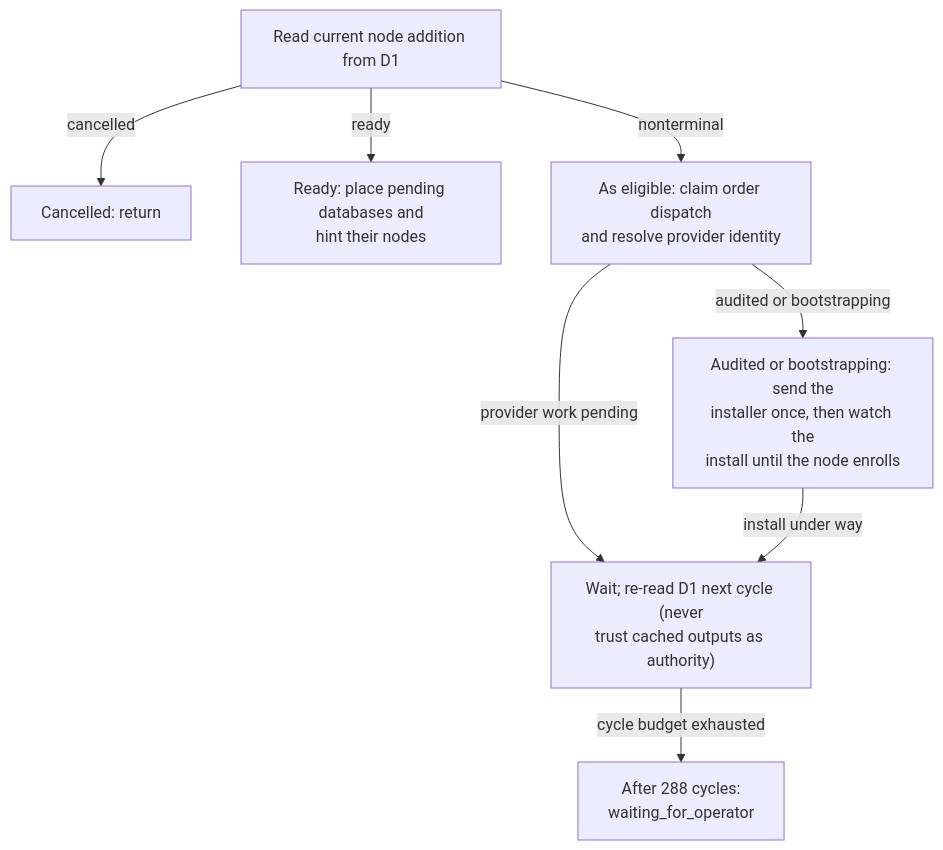
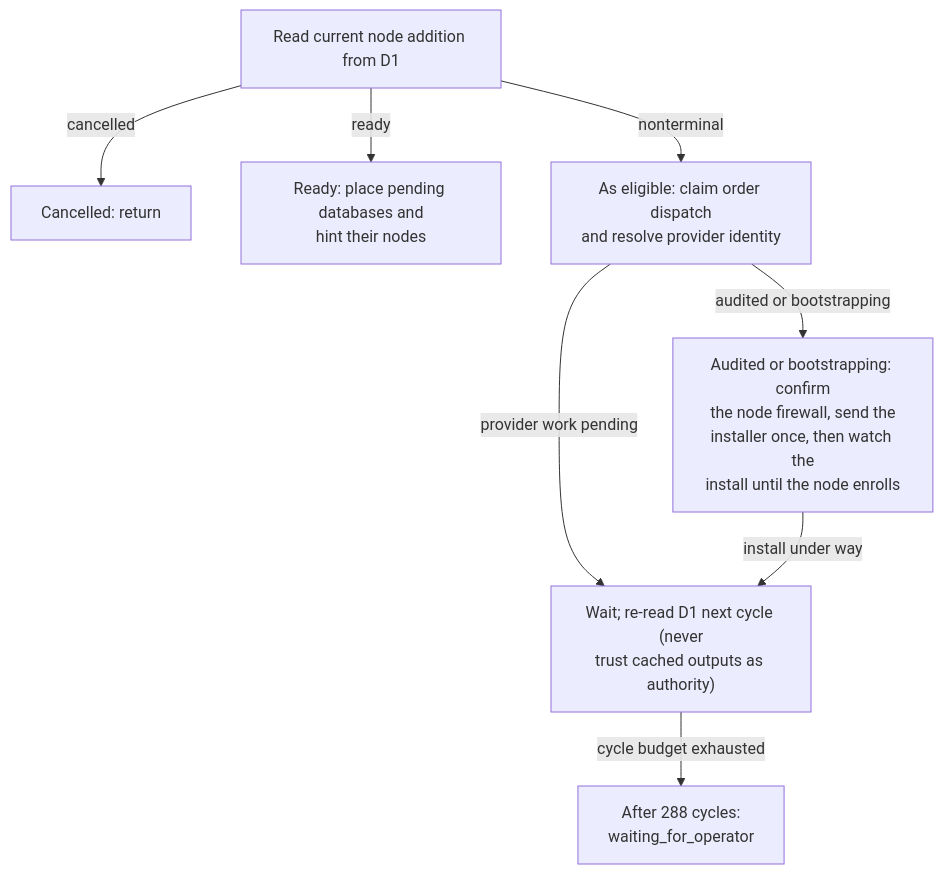
The diagram in docs/architecture/mermaider/add-node.mmd (amerged-org/cloudflare-postgres), drawn with Mermaid before and after one commit. The commit also changed 8 other files, not shown here.

First line of the commit message:
docs: describe the node firewall and record SEC-06 in the plan

```diff
--- a/docs/architecture/mermaider/add-node.mmd
+++ b/docs/architecture/mermaider/add-node.mmd
@@ -1,15 +1,15 @@
 flowchart TD
     n_98d16e133cfc["Read current node addition from D1"]
     n_05cae6515ea2["Cancelled: return"]
     n_f6c7e8a30e85["Ready: place pending databases and<br/>hint their nodes"]
     n_a67701fc2401["As eligible: claim order dispatch<br/>and resolve provider identity"]
-    n_d893dc3cbbc2["Audited or bootstrapping: send the<br/>installer once, then watch the<br/>install until the node enrolls"]
+    n_d893dc3cbbc2["Audited or bootstrapping: confirm<br/>the node firewall, send the<br/>installer once, then watch the<br/>install until the node enrolls"]
     n_8092c49190cf["Wait; re-read D1 next cycle (never<br/>trust cached outputs as authority)"]
     n_83212f141b4e["After 288 cycles:<br/>waiting_for_operator"]
     n_98d16e133cfc -->|"cancelled"| n_05cae6515ea2
     n_98d16e133cfc -->|"ready"| n_f6c7e8a30e85
     n_98d16e133cfc -->|"nonterminal"| n_a67701fc2401
     n_a67701fc2401 -->|"audited or bootstrapping"| n_d893dc3cbbc2
     n_a67701fc2401 -->|"provider work pending"| n_8092c49190cf
     n_8092c49190cf -->|"cycle budget exhausted"| n_83212f141b4e
     n_d893dc3cbbc2 -->|"install under way"| n_8092c49190cf
```
